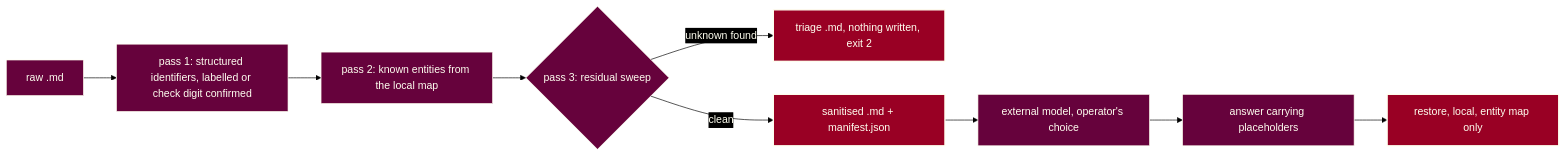
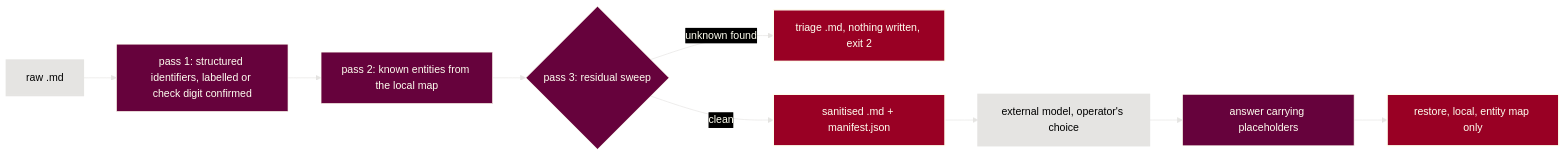
The diagram in packages/evatt/DATA-FLOW.md (ryanduguid/accounting-review-pipeline), drawn with Mermaid before and after one commit. The commit also changed 4 other files, not shown here.

Commit message:
Add platinum to the Mermaid diagrams

````diff
--- a/packages/evatt/DATA-FLOW.md
+++ b/packages/evatt/DATA-FLOW.md
@@ -20,15 +20,17 @@
 ```mermaid
 flowchart LR
-%%{init: {"theme": "base", "look": "classic", "themeVariables": {"background": "#000000", "primaryColor": "#66023C", "primaryTextColor": "#FFFFF0", "primaryBorderColor": "#FFFFF0", "lineColor": "#000000", "textColor": "#FFFFF0", "edgeLabelBackground": "#000000", "clusterBkg": "#000000", "clusterBorder": "#FFFFF0", "titleColor": "#FFFFF0"}, "themeCSS": ".flowchart-link, .relationshipLine, marker path { filter: drop-shadow(0px 1px 0px #FFFFF0) drop-shadow(0px -1px 0px #FFFFF0) drop-shadow(1px 0px 0px #FFFFF0) drop-shadow(-1px 0px 0px #FFFFF0); }"}}%%
+%%{init: {"theme": "base", "look": "classic", "themeVariables": {"background": "#000000", "primaryColor": "#66023C", "primaryTextColor": "#FFFFF0", "primaryBorderColor": "#FFFFF0", "lineColor": "#E5E4E2", "textColor": "#FFFFF0", "edgeLabelBackground": "#000000", "clusterBkg": "#000000", "clusterBorder": "#E5E4E2", "titleColor": "#E5E4E2"}}}%%
     Raw["raw .md"] --> Structured["pass 1: structured identifiers, labelled or check digit confirmed"]
     Structured --> Entities["pass 2: known entities from the local map"]
     Entities --> Residual{"pass 3: residual sweep"}
     Residual -->|unknown found| Halt["triage .md, nothing written, exit 2"]
     Residual -->|clean| Out["sanitised .md + manifest.json"]
     Out --> Model["external model, operator's choice"]
     Model --> Answer["answer carrying placeholders"]
     Answer --> Restore["restore, local, entity map only"]
     style Halt fill:#990024,stroke:#FFFFF0,stroke-width:2px,color:#FFFFF0
     style Out fill:#990024,stroke:#FFFFF0,stroke-width:2px,color:#FFFFF0
     style Restore fill:#990024,stroke:#FFFFF0,stroke-width:2px,color:#FFFFF0
+    classDef external fill:#E5E4E2,stroke:#E5E4E2,stroke-width:2px,color:#000000
+    class Raw,Model external
 ```
````
